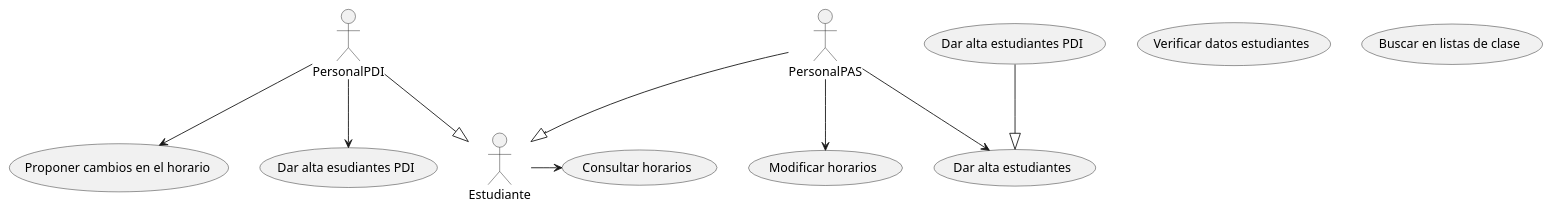
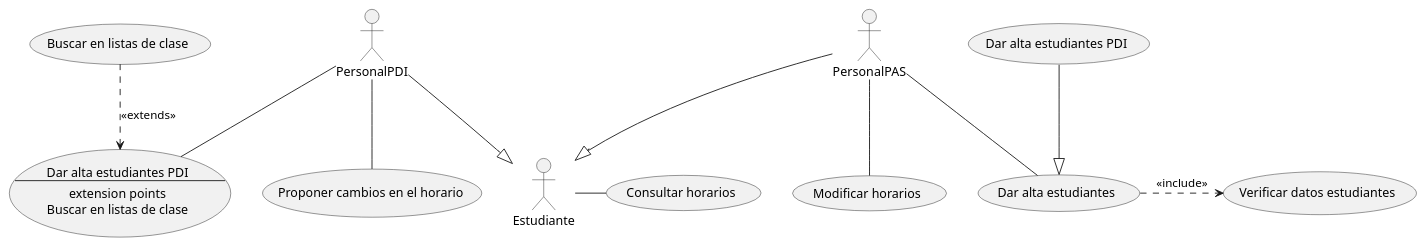
Before and after one commit to cgg734/INRE-UAL-MORADO-2022-2023: the diagram in lab0/source/Horarios.puml, drawn with PlantUML.

Commit message:
Horarios terminado

```diff
--- a/lab0/source/Horarios.puml
+++ b/lab0/source/Horarios.puml
@@ -1,17 +1,27 @@
 @startuml
 
 (Dar alta estudiantes)
 (Modificar horarios)
-(Verificar datos estudiantes)
+
 (Buscar en listas de clase)
 
-Estudiante->(Consultar horarios)
-PersonalPDI-->(Proponer cambios en el horario)
-PersonalPDI-->(Dar alta esudiantes PDI)
-PersonalPAS-->(Modificar horarios)
-PersonalPAS-->(Dar alta estudiantes)
+usecase AltaPDI as "Dar alta estudiantes PDI
+--
+extension points
+Buscar en listas de clase
+"
+Estudiante-(Consultar horarios)
+PersonalPDI--(Proponer cambios en el horario)
+PersonalPDI--(AltaPDI)
+PersonalPAS--(Modificar horarios)
+PersonalPAS--(Dar alta estudiantes)
+
 (Dar alta estudiantes PDI)--|>(Dar alta estudiantes)
+
+(Dar alta estudiantes).>(Verificar datos estudiantes): <<include>>
+(Buscar en listas de clase)..>(AltaPDI): <<extends>>
+
 
 PersonalPDI--|>Estudiante
 PersonalPAS--|>Estudiante
 @enduml
```
